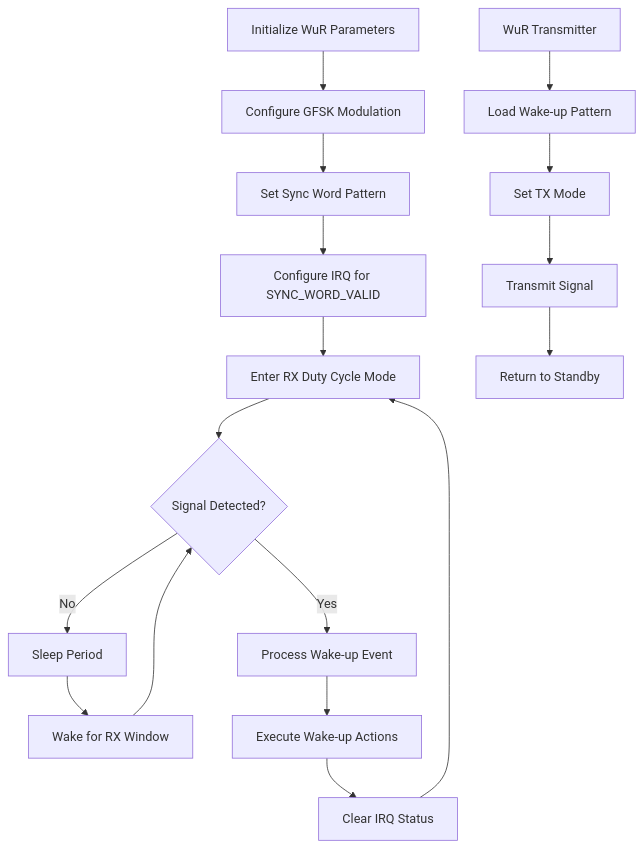
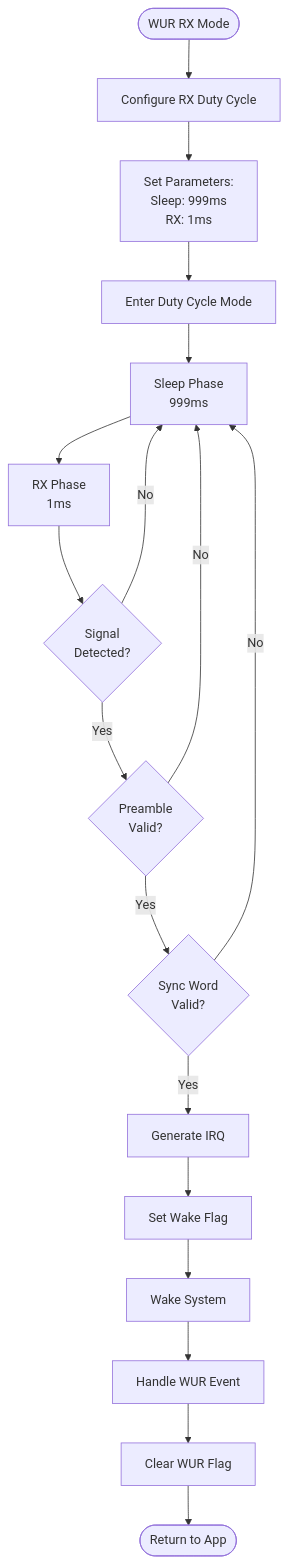
Before and after one commit to kalboussik/project: diagram 11 of 12 in README.md, drawn with Mermaid. The commit also changed other lines of this file and 9 other files, not shown here.

````diff
--- a/README.md
+++ b/README.md
@@ -493,22 +496,28 @@
 ```mermaid
 flowchart TD
-    A[Initialize WuR Parameters] --> B[Configure GFSK Modulation]
-    B --> C[Set Sync Word Pattern]
-    C --> D[Configure IRQ for SYNC_WORD_VALID]
-    D --> E[Enter RX Duty Cycle Mode]
+    START([WUR RX Mode])
+    START --> CONFIG[Configure RX Duty Cycle]
     
-    E --> F{Signal Detected?}
-    F -->|No| G[Sleep Period]
-    G --> H[Wake for RX Window]
-    H --> F
+    CONFIG --> SET_PARAMS[Set Parameters:<br/>Sleep: 999ms<br/>RX: 1ms]
+    SET_PARAMS --> DUTY_CYCLE[Enter Duty Cycle Mode]
     
-    F -->|Yes| I[Process Wake-up Event]
-    I --> J[Execute Wake-up Actions]
-    J --> K[Clear IRQ Status]
-    K --> E
+    DUTY_CYCLE --> SLEEP_PHASE[Sleep Phase<br/>999ms]
+    SLEEP_PHASE --> RX_PHASE[RX Phase<br/>1ms]
     
-    L[WuR Transmitter] --> M[Load Wake-up Pattern]
-    M --> N[Set TX Mode]
-    N --> O[Transmit Signal]
-    O --> P[Return to Standby]
+    RX_PHASE --> CHECK_SIGNAL{Signal<br/>Detected?}
+    CHECK_SIGNAL -->|No| SLEEP_PHASE
+    CHECK_SIGNAL -->|Yes| CHECK_PREAMBLE{Preamble<br/>Valid?}
+    
+    CHECK_PREAMBLE -->|No| SLEEP_PHASE
+    CHECK_PREAMBLE -->|Yes| CHECK_SYNC{Sync Word<br/>Valid?}
+    
+    CHECK_SYNC -->|No| SLEEP_PHASE
+    CHECK_SYNC -->|Yes| GEN_IRQ[Generate IRQ]
+    
+    GEN_IRQ --> SET_FLAG[Set Wake Flag]
+    SET_FLAG --> WAKE_SYSTEM[Wake System]
+    
+    WAKE_SYSTEM --> HANDLE[Handle WUR Event]
+    HANDLE --> CLEAR_FLAG[Clear WUR Flag]
+    CLEAR_FLAG --> RETURN([Return to App])
 ```
````
